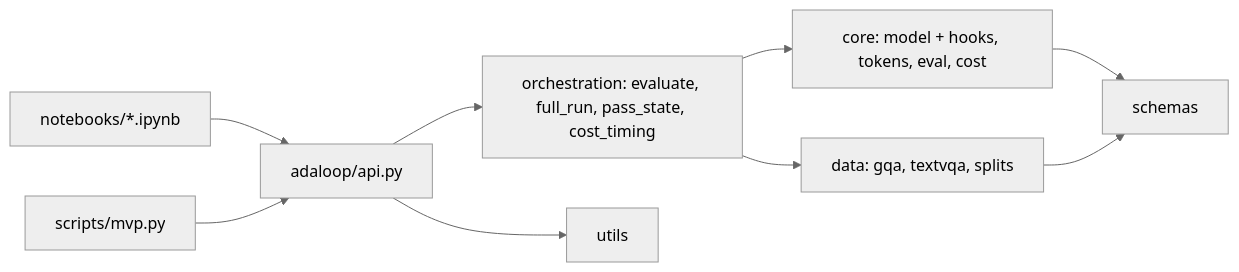
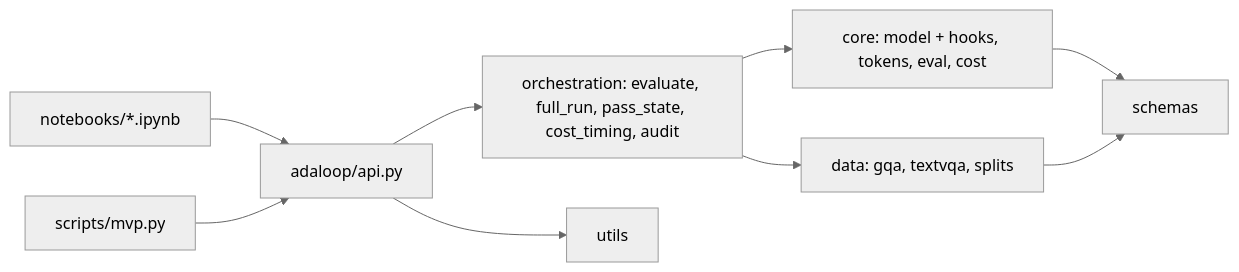
Before and after one commit to Vedaang-Chopra/CEREBRUS: the diagram in docs/ai_context/CODEBASE_MAP.md, drawn with Mermaid (neutral theme). The commit also changed other lines of this file and 9 other files, not shown here.

````diff
--- a/docs/ai_context/CODEBASE_MAP.md
+++ b/docs/ai_context/CODEBASE_MAP.md
@@ -31,11 +32,11 @@
 ```mermaid
 graph LR
   NB[notebooks/*.ipynb] --> API[adaloop/api.py]
   CLI[scripts/mvp.py] --> API
-  API --> ORCH[orchestration: evaluate, full_run, pass_state, cost_timing]
+  API --> ORCH[orchestration: evaluate, full_run, pass_state, cost_timing, audit]
   ORCH --> CORE[core: model + hooks, tokens, eval, cost]
   ORCH --> DATA[data: gqa, textvqa, splits]
   CORE --> SCHEMAS[schemas]
   DATA --> SCHEMAS
   API --> UTILS[utils]
 ```
````
